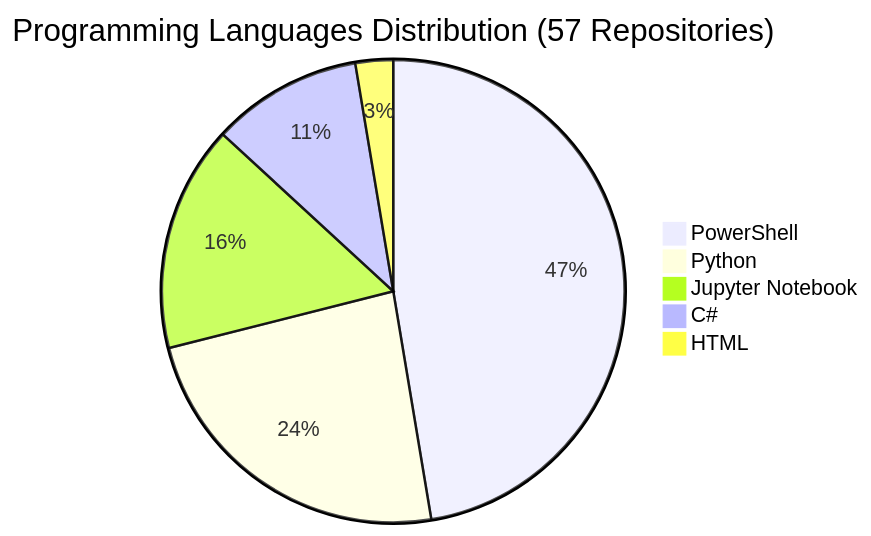
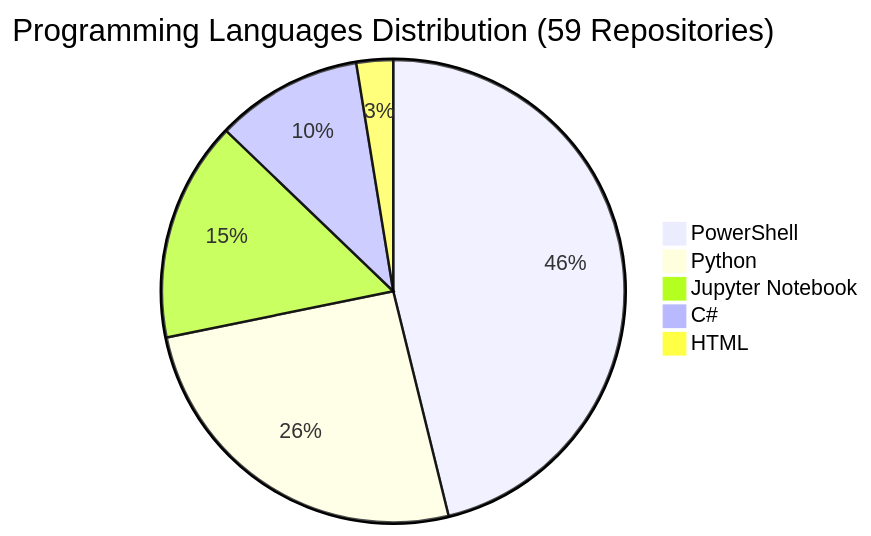
Before and after one commit to fabioc-aloha/fabioc-aloha: the diagram in REPOS.md, drawn with Mermaid. The commit also changed other lines of this file and 1 other file, not shown here.

````diff
--- a/REPOS.md
+++ b/REPOS.md
@@ -134,8 +135,8 @@
 ```mermaid
-pie title Programming Languages Distribution (57 Repositories)
+pie title Programming Languages Distribution (59 Repositories)
     "PowerShell" : 18
-    "Python" : 9
+    "Python" : 10
     "Jupyter Notebook" : 6
     "C#" : 4
     "HTML" : 1
 ```
````
